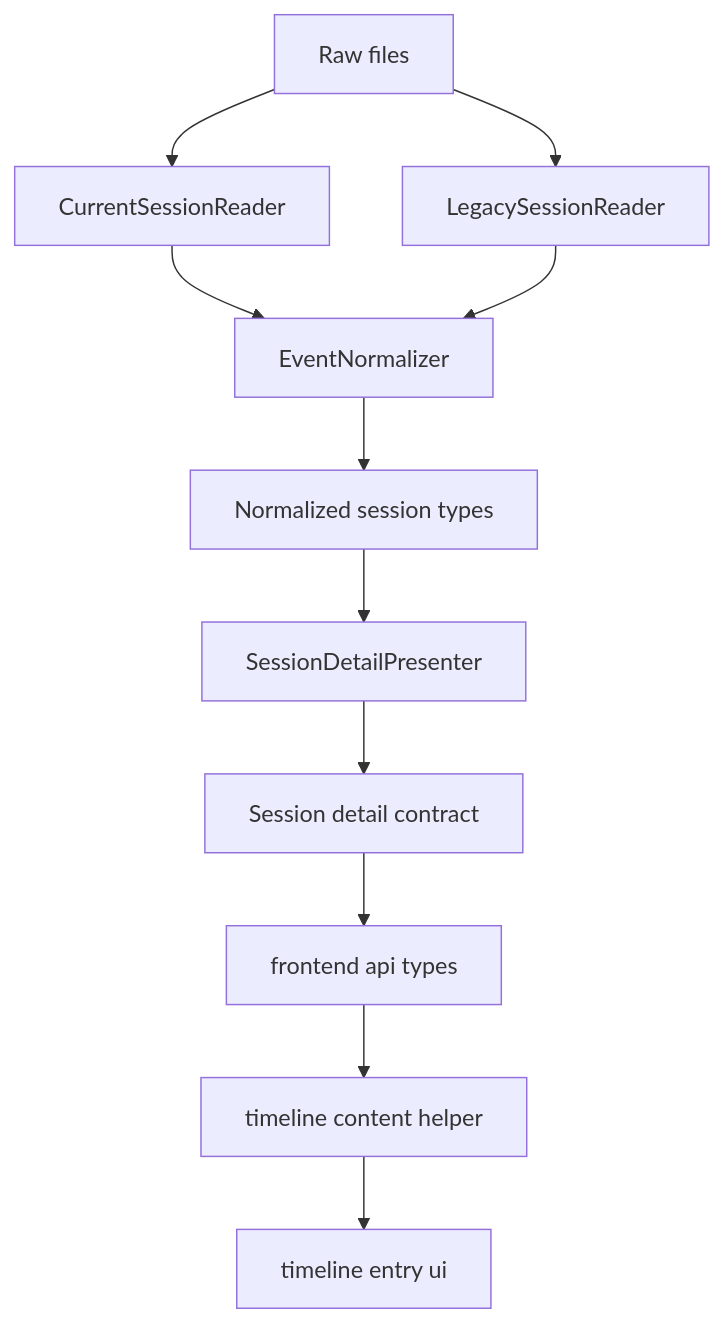
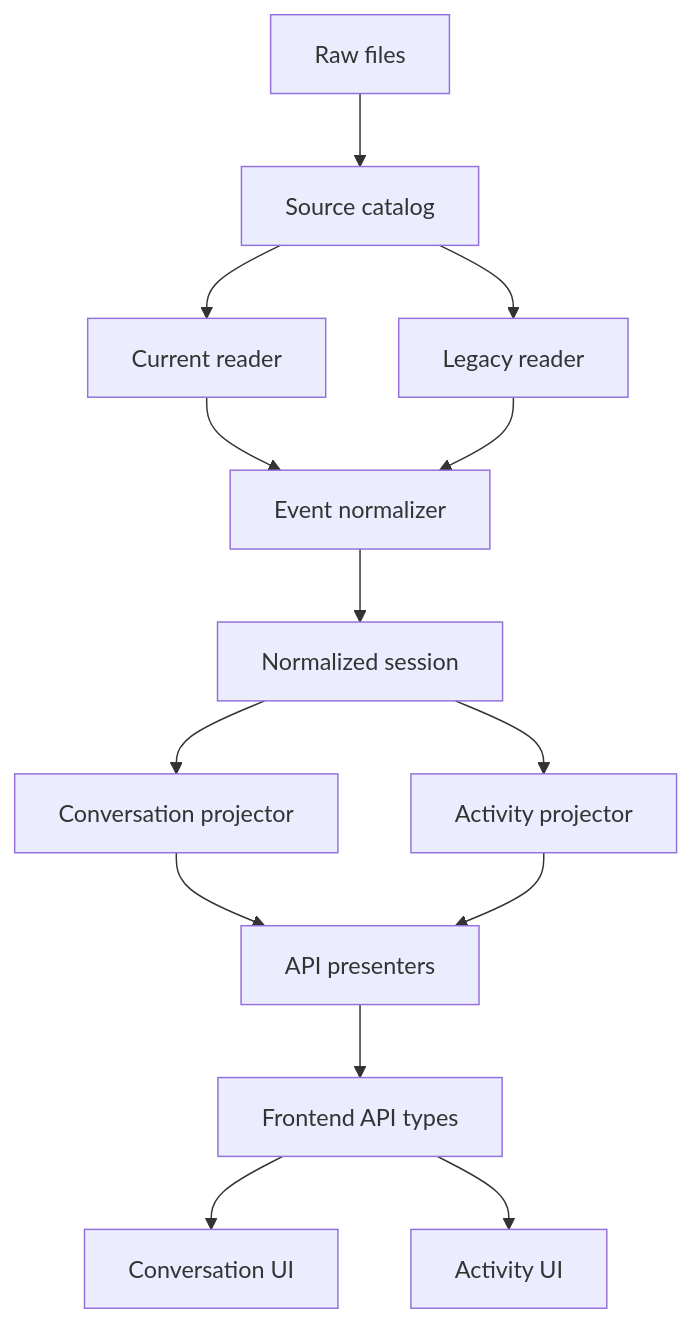
One commit to KentaOsabe-Personal/copilot-cli-history changed the first of 2 diagrams in .kiro/specs/current-copilot-cli-schema-compatibility/design.md. Above: the diagram before and after it, drawn with Mermaid. The commit also changed other lines of this file and 20 other files, not shown here.

Commit message:
current-copilot-cli-schema-compatibility Task1done

````diff
--- a/.kiro/specs/current-copilot-cli-schema-compatibility/design.md
+++ b/.kiro/specs/current-copilot-cli-schema-compatibility/design.md
@@ -54,13 +63,16 @@
 ```mermaid
 graph TB
-    RawFiles[Raw files] --> CurrentReader[CurrentSessionReader]
-    RawFiles --> LegacyReader[LegacySessionReader]
-    CurrentReader --> Normalizer[EventNormalizer]
-    LegacyReader --> Normalizer
-    Normalizer --> NormalizedSession[Normalized session types]
-    NormalizedSession --> Presenter[SessionDetailPresenter]
-    Presenter --> DetailApi[Session detail contract]
-    DetailApi --> ApiTypes[frontend api types]
-    ApiTypes --> TimelineFormatter[timeline content helper]
-    TimelineFormatter --> TimelineUi[timeline entry ui]
+    RawFiles[Raw files] --> SourceCatalog[Source catalog]
+    SourceCatalog --> CurrentReader[Current reader]
+    SourceCatalog --> LegacyReader[Legacy reader]
+    CurrentReader --> EventNormalizer[Event normalizer]
+    LegacyReader --> EventNormalizer
+    EventNormalizer --> NormalizedSession[Normalized session]
+    NormalizedSession --> ConversationProjector[Conversation projector]
+    NormalizedSession --> ActivityProjector[Activity projector]
+    ConversationProjector --> ApiPresenters[API presenters]
+    ActivityProjector --> ApiPresenters
+    ApiPresenters --> FrontendTypes[Frontend API types]
+    FrontendTypes --> ConversationUi[Conversation UI]
+    FrontendTypes --> ActivityUi[Activity UI]
 ```
````
